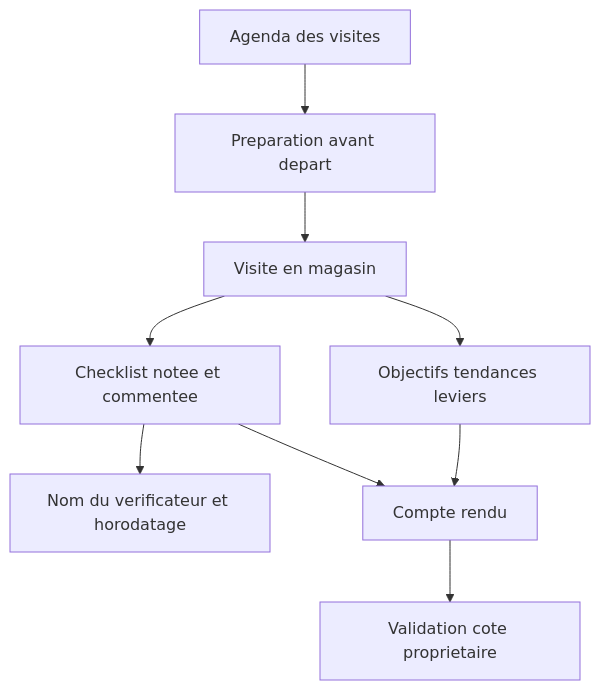
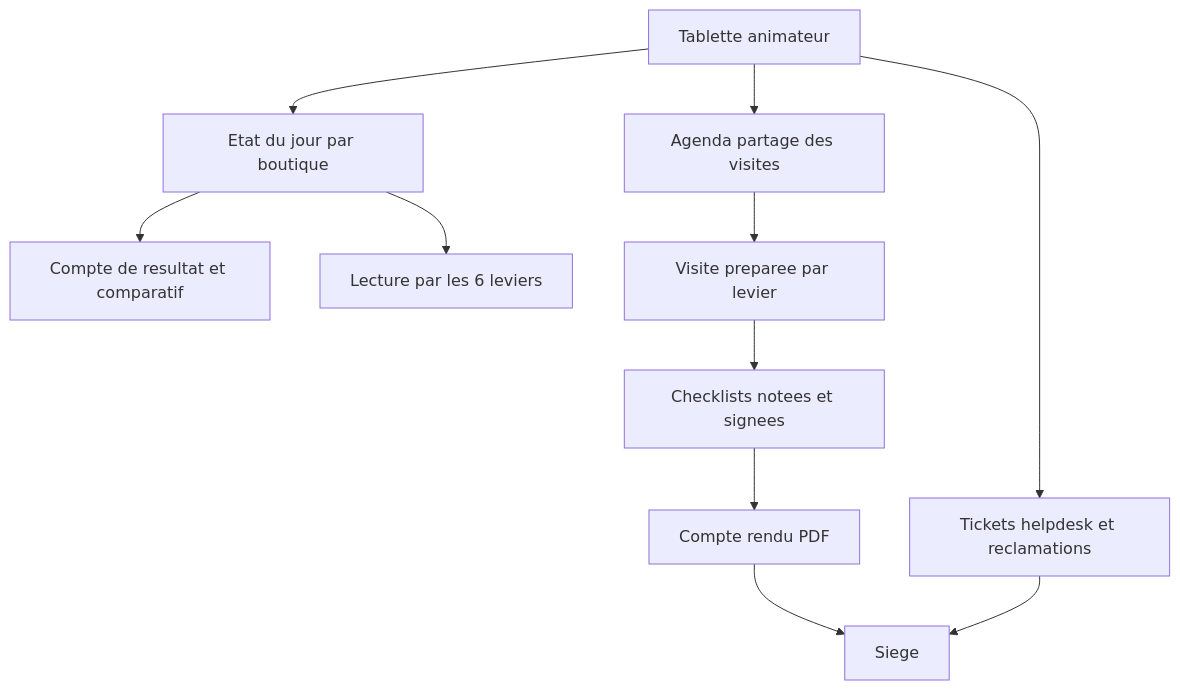
One commit to samsam2703MFC/landing_tfb changed the seventh of 14 diagrams in docs/contenu-reel.md. Above: the diagram before and after it, drawn with Mermaid. The commit also changed other lines of this file and 4 other files, not shown here.

````diff
--- a/docs/contenu-reel.md
+++ b/docs/contenu-reel.md
@@ -498,11 +511,13 @@
 ```mermaid
 flowchart TD
-  A[Agenda des visites] --> B[Preparation avant depart]
-  B --> C[Visite en magasin]
-  C --> D[Checklist notee et commentee]
-  D --> E[Nom du verificateur et horodatage]
-  C --> F[Objectifs tendances leviers]
-  D --> G[Compte rendu]
-  F --> G
-  G --> H[Validation cote proprietaire]
+  A[Tablette animateur] --> B[Etat du jour par boutique]
+  B --> C[Compte de resultat et comparatif]
+  B --> D[Lecture par les 6 leviers]
+  A --> E[Agenda partage des visites]
+  E --> F[Visite preparee par levier]
+  F --> G[Checklists notees et signees]
+  G --> H[Compte rendu PDF]
+  H --> I[Siege]
+  A --> J[Tickets helpdesk et reclamations]
+  J --> I
 ```
````
